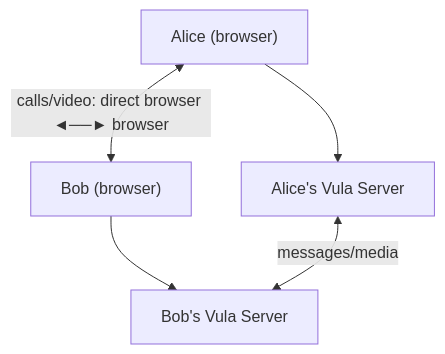
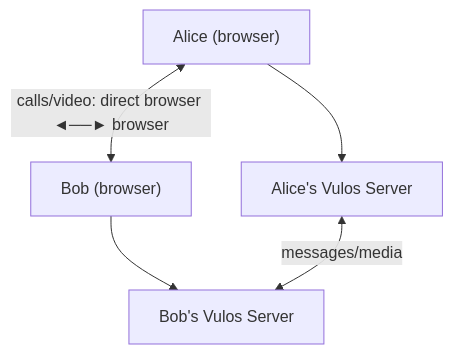
The first of 13 diagrams in roadmap/PEERING.md (vul-os/vulos), drawn with Mermaid before and after one commit. The commit also changed other lines of this file and 138 other files, not shown here.

````diff
--- a/roadmap/PEERING.md
+++ b/roadmap/PEERING.md
@@ -13,11 +13,11 @@
 ```mermaid
 flowchart TD
     AliceB["Alice (browser)"]
     BobB["Bob (browser)"]
-    AliceS["Alice's Vula Server"]
-    BobS["Bob's Vula Server"]
+    AliceS["Alice's Vulos Server"]
+    BobS["Bob's Vulos Server"]
     AliceB --> AliceS
     BobB --> BobS
     AliceS <-->|"messages/media"| BobS
     AliceB <-->|"calls/video: direct browser ◄──► browser"| BobB
 ```
````
